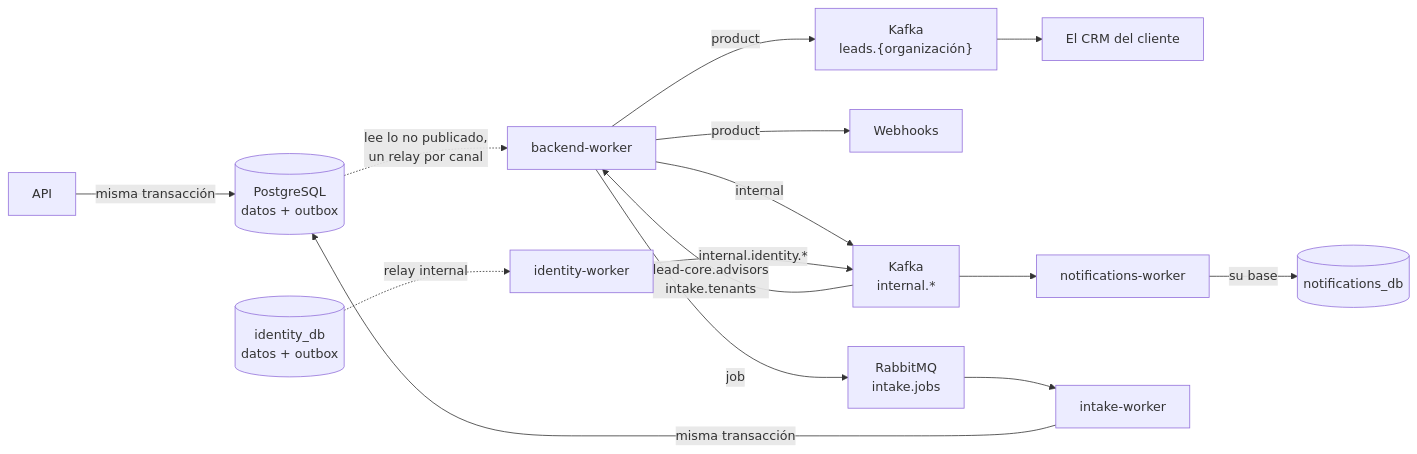
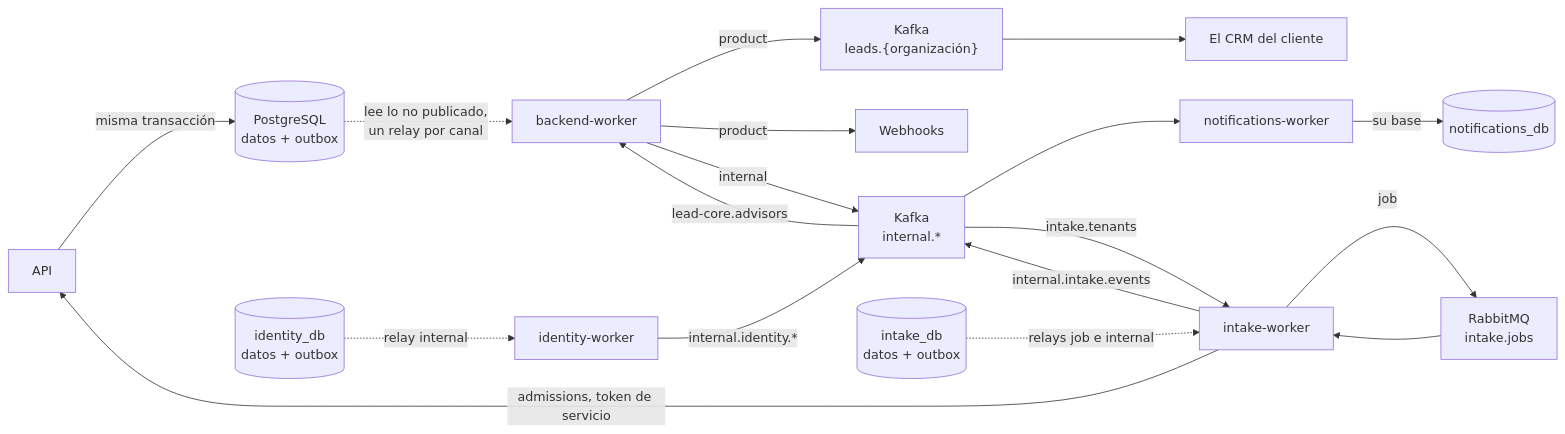
One commit to MDCIrony/leads-hexa changed the diagram in docs/content/eventos/index.md. Above: the diagram before and after it, drawn with Mermaid. The commit also changed other lines of this file and 33 other files, not shown here.

````diff
--- a/docs/content/eventos/index.md
+++ b/docs/content/eventos/index.md
@@ -45,17 +45,20 @@
 ```mermaid
 flowchart LR
     API["API"] -->|misma transacción| DB[("PostgreSQL<br/>datos + outbox")]
     DB -.->|"lee lo no publicado,<br/>un relay por canal"| BW["backend-worker"]
     BW -->|"product"| K["Kafka<br/>leads.{organización}"]
     BW -->|"product"| WH["Webhooks"]
     BW -->|"internal"| KI["Kafka<br/>internal.*"]
-    BW -->|"job"| RMQ["RabbitMQ<br/>intake.jobs"]
     K --> CRM["El CRM del cliente"]
     KI --> NW["notifications-worker"]
     NW -->|"su base"| NDB[("notifications_db")]
     IDDB[("identity_db<br/>datos + outbox")] -.->|"relay internal"| IW["identity-worker"]
     IW -->|"internal.identity.*"| KI
-    KI -->|"lead-core.advisors<br/>intake.tenants"| BW
-    RMQ --> W["intake-worker"]
-    W -->|misma transacción| DB
+    KI -->|"lead-core.advisors"| BW
+    INDB[("intake_db<br/>datos + outbox")] -.->|"relays job e internal"| W["intake-worker"]
+    W -->|"job"| RMQ["RabbitMQ<br/>intake.jobs"]
+    RMQ --> W
+    W -->|"internal.intake.events"| KI
+    KI -->|"intake.tenants"| W
+    W -->|"admissions, token de servicio"| API
 ```
````
